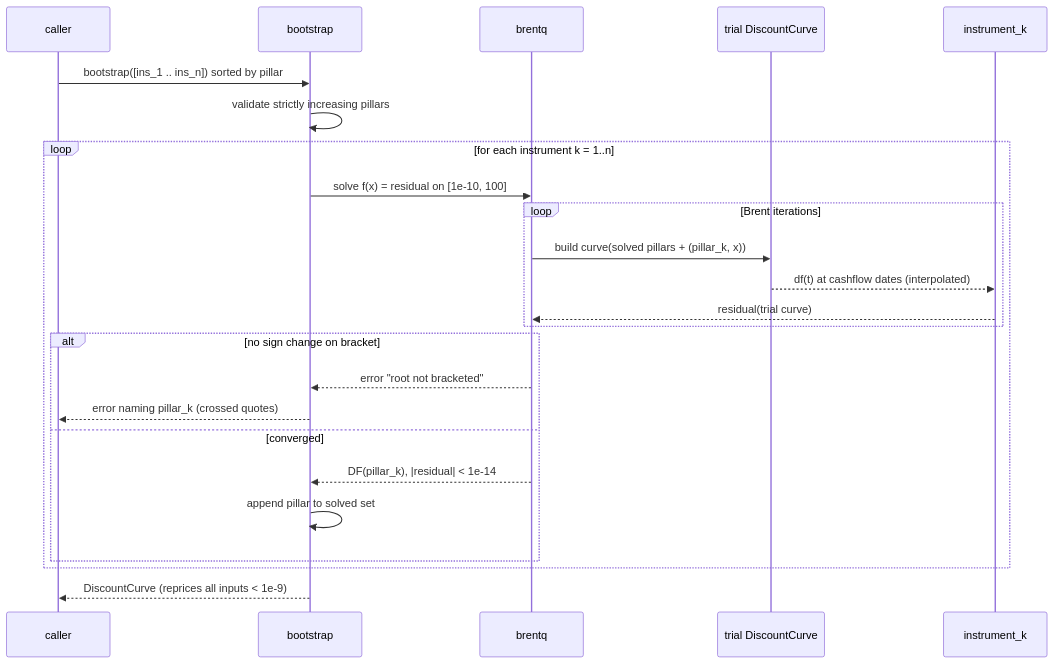
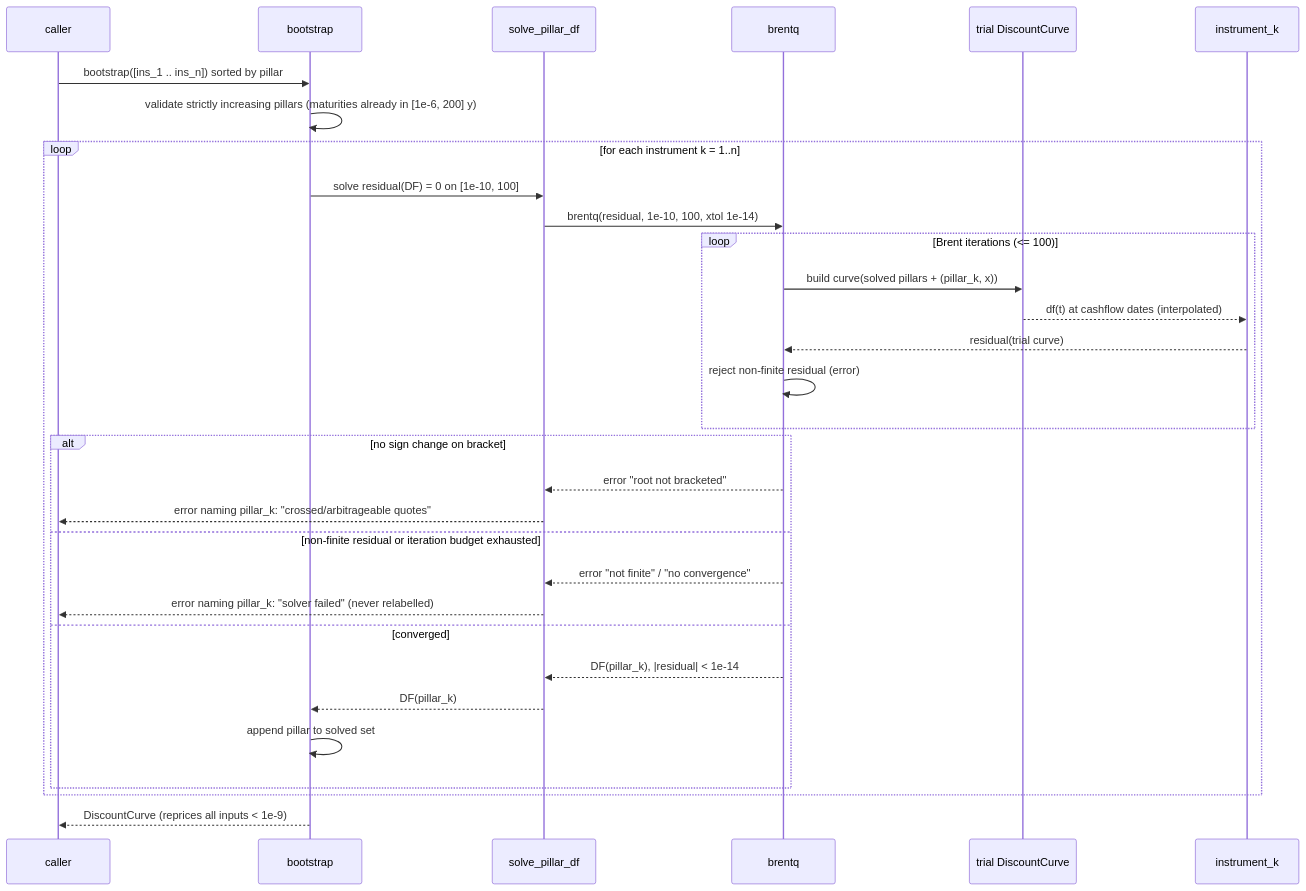
The third of 3 diagrams in docs/ARCHITECTURE.md (AshJha0/interest-rate-models), drawn with Mermaid before and after one commit. The commit also changed other lines of this file and 102 other files, not shown here.

````diff
--- a/docs/ARCHITECTURE.md
+++ b/docs/ARCHITECTURE.md
@@ -153,27 +210,34 @@
 ```mermaid
 sequenceDiagram
   participant U as caller
   participant B as bootstrap
+  participant S as solve_pillar_df
   participant R as brentq
   participant C as trial DiscountCurve
   participant I as instrument_k
 
   U->>B: bootstrap([ins_1 .. ins_n]) sorted by pillar
-  B->>B: validate strictly increasing pillars
+  B->>B: validate strictly increasing pillars (maturities already in [1e-6, 200] y)
   loop for each instrument k = 1..n
-    B->>R: solve f(x) = residual on [1e-10, 100]
-    loop Brent iterations
+    B->>S: solve residual(DF) = 0 on [1e-10, 100]
+    S->>R: brentq(residual, 1e-10, 100, xtol 1e-14)
+    loop Brent iterations (<= 100)
       R->>C: build curve(solved pillars + (pillar_k, x))
       C-->>I: df(t) at cashflow dates (interpolated)
       I-->>R: residual(trial curve)
+      R->>R: reject non-finite residual (error)
     end
     alt no sign change on bracket
-      R-->>B: error "root not bracketed"
-      B-->>U: error naming pillar_k (crossed quotes)
+      R-->>S: error "root not bracketed"
+      S-->>U: error naming pillar_k: "crossed/arbitrageable quotes"
+    else non-finite residual or iteration budget exhausted
+      R-->>S: error "not finite" / "no convergence"
+      S-->>U: error naming pillar_k: "solver failed" (never relabelled)
     else converged
-      R-->>B: DF(pillar_k), |residual| < 1e-14
+      R-->>S: DF(pillar_k), |residual| < 1e-14
+      S-->>B: DF(pillar_k)
       B->>B: append pillar to solved set
     end
   end
   B-->>U: DiscountCurve (reprices all inputs < 1e-9)
 ```
````
